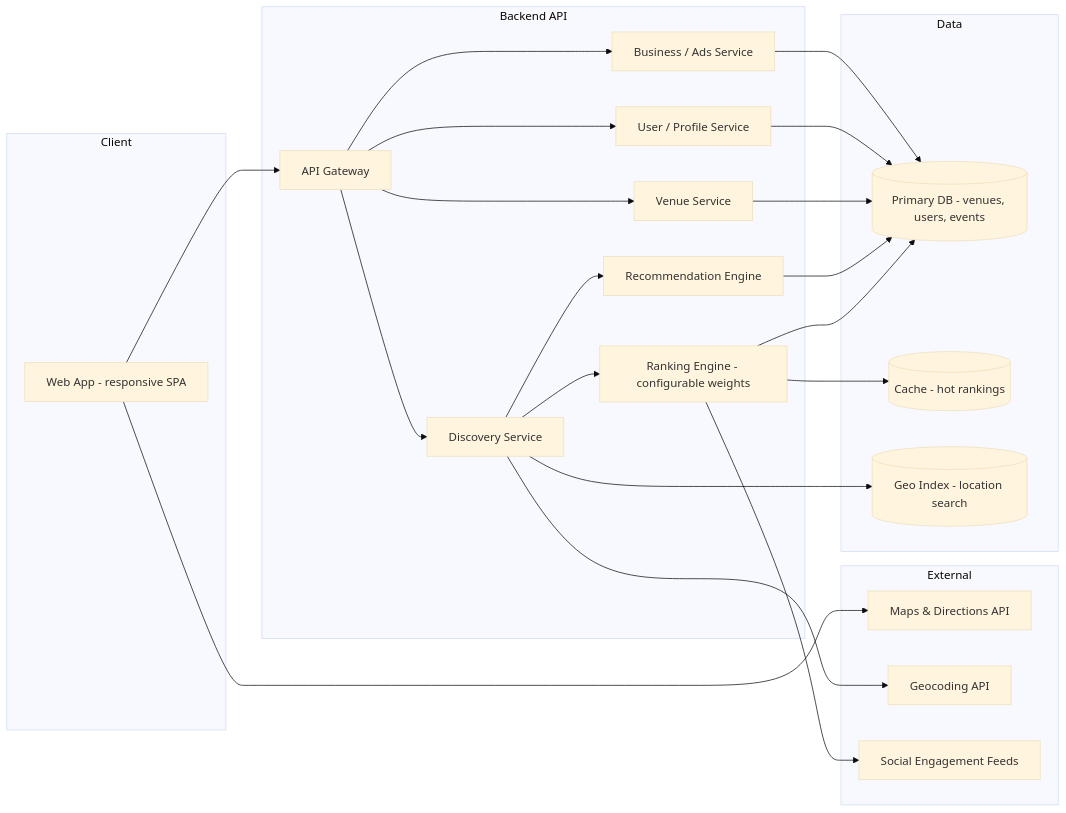
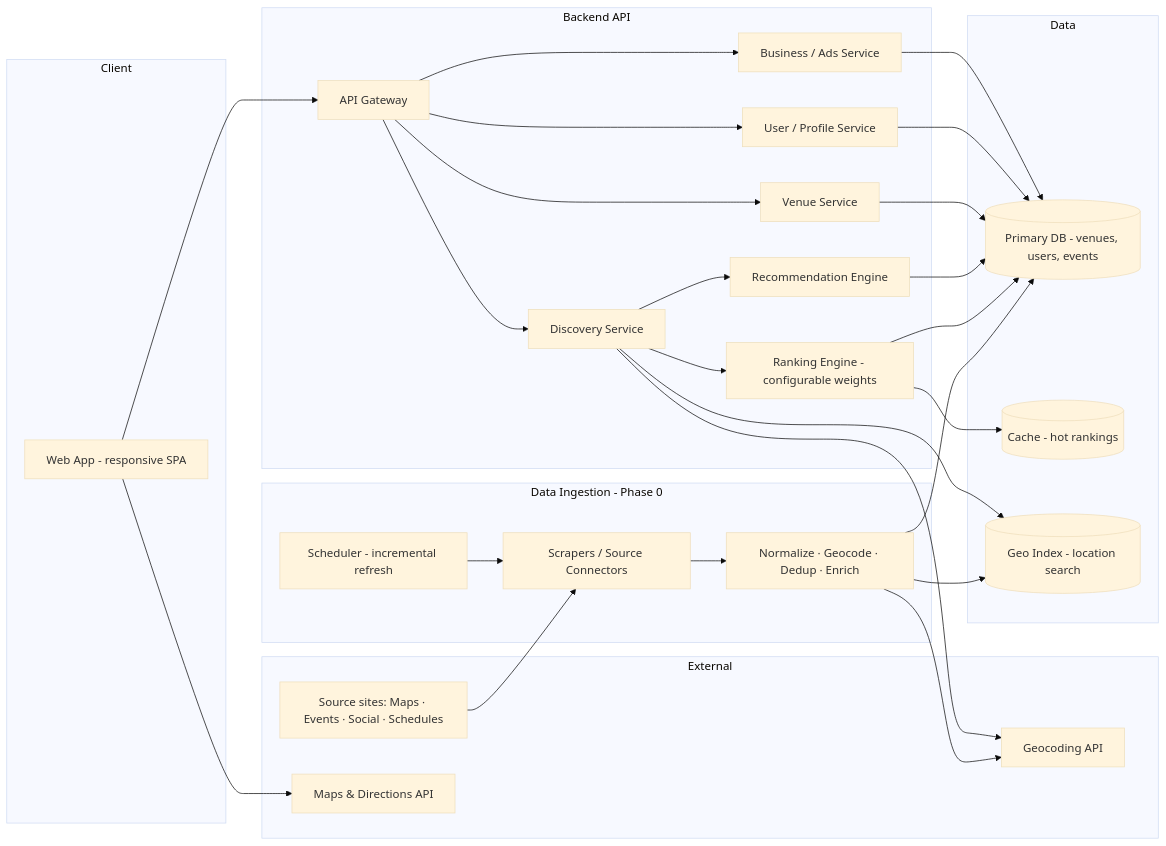
Before and after one commit to sharmaajanya27/FIFA_FAn_EXP: the second of 6 diagrams in WORKFLOW.md, drawn with Mermaid (base theme). The commit also changed other lines of this file and 2 other files, not shown here.

First line of the commit message:
Add Phase 0 data scraping & ingestion across docs and diagrams

````diff
--- a/WORKFLOW.md
+++ b/WORKFLOW.md
@@ -37,46 +40,58 @@
 ```mermaid
 flowchart LR
     subgraph Client
         WEB[Web App - responsive SPA]
+    end
+
+    subgraph Ingestion[Data Ingestion - Phase 0]
+        SCRAPE[Scrapers / Source Connectors]
+        ETL[Normalize · Geocode · Dedup · Enrich]
+        SCHED[Scheduler - incremental refresh]
     end
 
     subgraph API[Backend API]
         GW[API Gateway]
         DISC[Discovery Service]
         RANK[Ranking Engine - configurable weights]
         REC[Recommendation Engine]
         VENUE[Venue Service]
         USER[User / Profile Service]
         BIZ[Business / Ads Service]
     end
 
     subgraph Data
         DB[(Primary DB - venues, users, events)]
         CACHE[(Cache - hot rankings)]
         GEO[(Geo Index - location search)]
     end
 
     subgraph External
+        SRC[Source sites: Maps · Events · Social · Schedules]
         MAPS[Maps & Directions API]
         GEOCODE[Geocoding API]
-        SOCIAL[Social Engagement Feeds]
     end
+
+    SCHED --> SCRAPE
+    SRC --> SCRAPE
+    SCRAPE --> ETL
+    ETL --> GEOCODE
+    ETL --> DB
+    ETL --> GEO
 
     WEB --> GW
     GW --> DISC
     GW --> VENUE
     GW --> USER
     GW --> BIZ
     DISC --> RANK
     DISC --> REC
     DISC --> GEO
     RANK --> CACHE
     RANK --> DB
     REC --> DB
     VENUE --> DB
     USER --> DB
     BIZ --> DB
     DISC --> GEOCODE
     WEB --> MAPS
-    RANK --> SOCIAL
 ```
````
